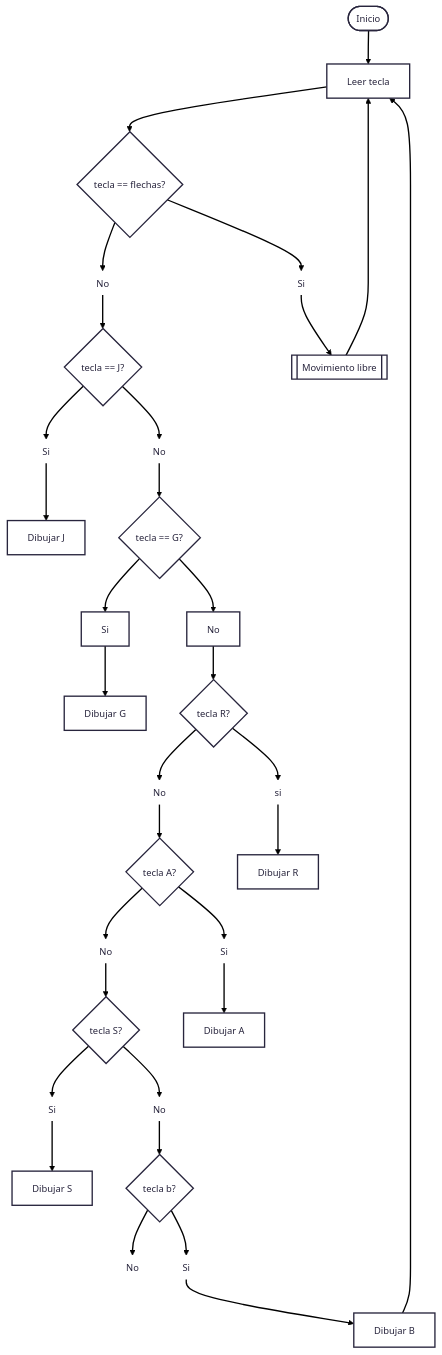
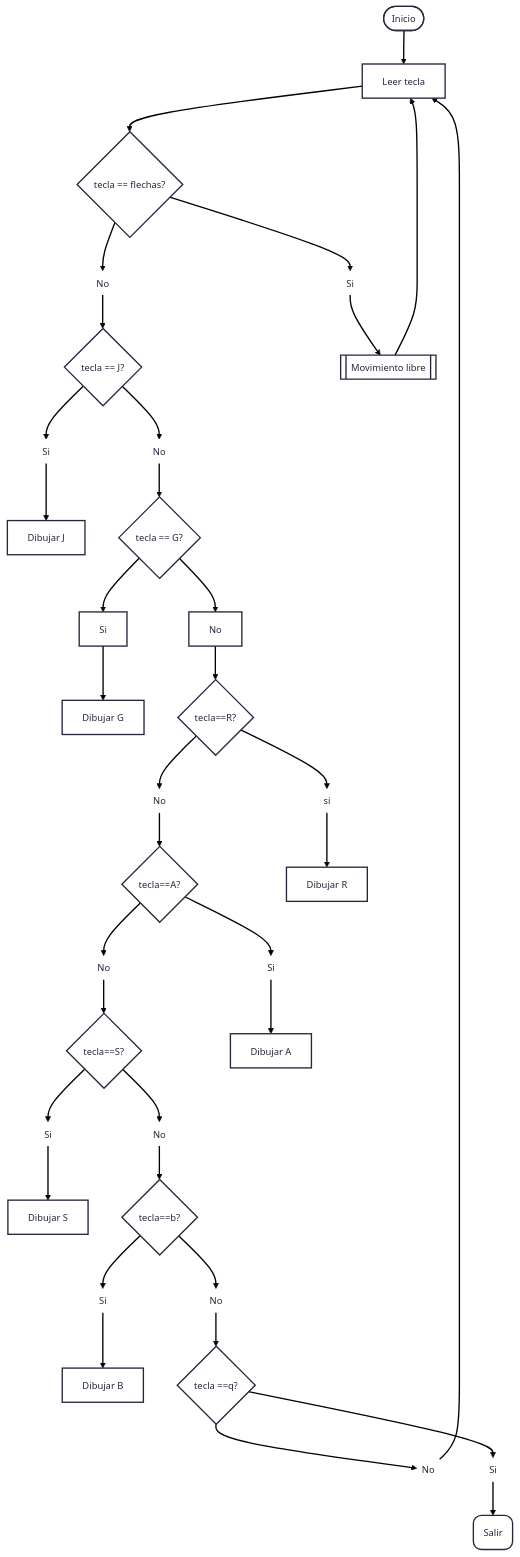
One commit to gsua080/Laboratorio-01-2025-I changed the first of 2 diagrams in README.md. Above: the diagram before and after it, drawn with Mermaid. The commit also changed other lines of this file, not shown here.

````diff
--- a/README.md
+++ b/README.md
@@ -25,55 +25,63 @@
 ```mermaid
 ---
 config:
   theme: redux
 ---
 flowchart TD
     A(["Inicio <br>"]) --> B["Leer tecla<br>"]
     B --> D["tecla == flechas?<br>"]
     D --> n1["No <br>"] & n2["Si"]
     n1 --> n3["tecla == J? <br>"]
     n2 --> n4["Movimiento libre<br>"]
     n3 --> n5["No <br>"] & n6["Si <br>"]
     n6 --> n7["Dibujar J <br>"]
     n5 --> n8["tecla == G?<br>"]
     n8 --> n9["Si"] & n10["No"]
     n9 --> n11["Dibujar G<br>"]
-    n10 --> n12["tecla R?<br>"]
+    n10 --> n12["tecla==R?<br>"]
     n12 --> n13["si"] & n14["No <br>"]
-    n14 --> n15["tecla A? <br>"]
+    n14 --> n15["tecla==A? <br>"]
     n13 --> n16["Dibujar R <br>"]
     n15 --> n17["No <br>"] & n18["Si <br>"]
-    n17 --> n19["tecla S? <br>"]
+    n17 --> n19["tecla==S? <br>"]
     n18 --> n20["Dibujar A <br>"]
     n19 --> n21["No <br>"] & n22["Si <br>"]
     n22 --> n23["Dibujar S <br>"]
-    n21 --> n24["tecla b?<br>"]
+    n21 --> n24["tecla==b?<br>"]
     n24 --> n25["No <br>"] & n26["Si"]
     n26 --> n27["Dibujar B <br>"]
-    n27 --> B
     n4 --> B
+    n25 --> n28["tecla ==q?<br>"]
+    n28 --> n29["No <br>"] & n30["Si <br>"]
+    n29 --> B
+    n30 --> n31["Salir"]
     B@{ shape: rect}
     D@{ shape: diam}
     n1@{ shape: text}
     n2@{ shape: text}
     n3@{ shape: diam}
     n4@{ shape: subproc}
     n5@{ shape: text}
     n6@{ shape: text}
     n8@{ shape: diam}
     n10@{ shape: rect}
     n12@{ shape: diam}
     n13@{ shape: text}
     n14@{ shape: text}
     n15@{ shape: diam}
     n17@{ shape: text}
     n18@{ shape: text}
     n19@{ shape: diam}
     n21@{ shape: text}
     n22@{ shape: text}
     n24@{ shape: diam}
     n25@{ shape: text}
     n26@{ shape: text}
+    n28@{ shape: diam}
+    n29@{ shape: text}
+    n30@{ shape: text}
+    n31@{ shape: rounded}
+
 
 
 ```
````
